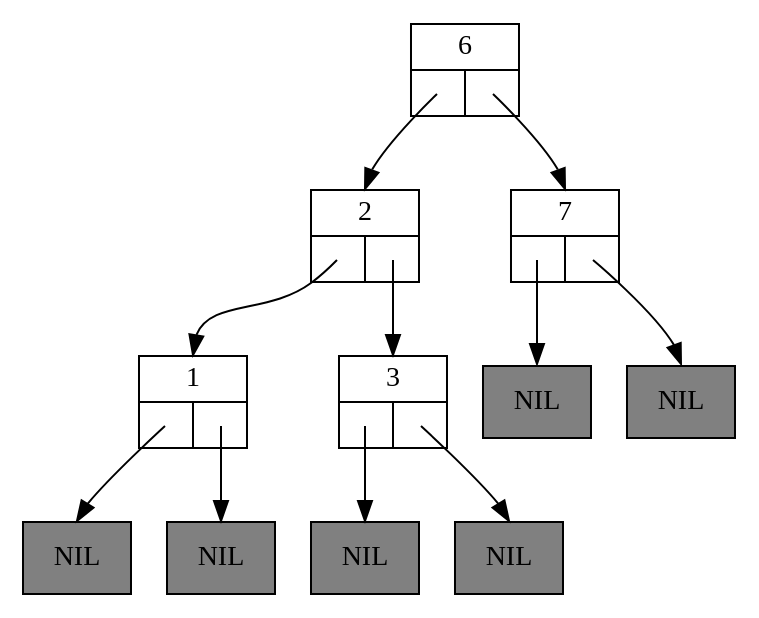
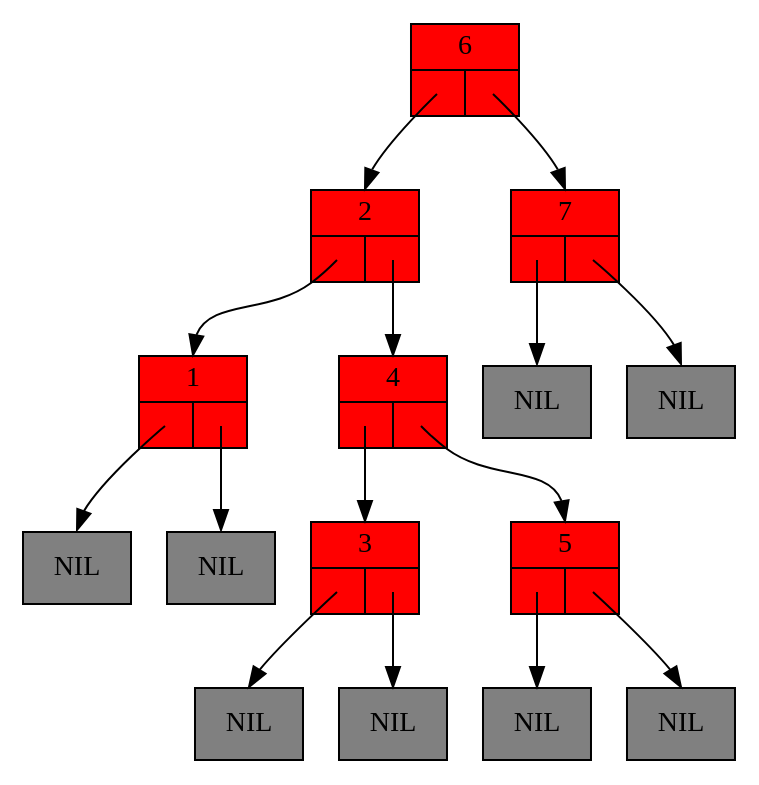
One commit to chaucorn/base_code_lab6 changed the diagram in base_code_lab6/Code/redblacktree_0_rightrotateleftrotatedroot.dot. Above: the diagram before and after it, drawn with Graphviz. The commit also changed 7 other files, not shown here.

```diff
--- a/base_code_lab6/Code/redblacktree_0_rightrotateleftrotatedroot.dot
+++ b/base_code_lab6/Code/redblacktree_0_rightrotateleftrotatedroot.dot
@@ -1,27 +1,35 @@
 digraph RedBlackTree {
 	graph [ranksep=0.5];
 	node [shape = record];
 
-	n1 [label="{1|{<left>|<right>}}", fillcolor=red];
+	n1 [style=filled, fillcolor=red, label="{1|{<left>|<right>}}"];
 	lnil1 [style=filled, fillcolor=grey, label="NIL"];
 	n1:left:c -> lnil1:n [headclip=false, tailclip=false]
 	rnil1 [style=filled, fillcolor=grey, label="NIL"];
 	n1:right:c -> rnil1:n [headclip=false, tailclip=false]
-	n2 [label="{2|{<left>|<right>}}", fillcolor=red];
+	n2 [style=filled, fillcolor=red, label="{2|{<left>|<right>}}"];
 	n2:left:c -> n1:n [headclip=false, tailclip=false]
-	n2:right:c -> n3:n [headclip=false, tailclip=false]
-	n3 [label="{3|{<left>|<right>}}", fillcolor=red];
+	n2:right:c -> n4:n [headclip=false, tailclip=false]
+	n3 [style=filled, fillcolor=red, label="{3|{<left>|<right>}}"];
 	lnil3 [style=filled, fillcolor=grey, label="NIL"];
 	n3:left:c -> lnil3:n [headclip=false, tailclip=false]
 	rnil3 [style=filled, fillcolor=grey, label="NIL"];
 	n3:right:c -> rnil3:n [headclip=false, tailclip=false]
-	n6 [label="{6|{<left>|<right>}}", fillcolor=red];
+	n4 [style=filled, fillcolor=red, label="{4|{<left>|<right>}}"];
+	n4:left:c -> n3:n [headclip=false, tailclip=false]
+	n4:right:c -> n5:n [headclip=false, tailclip=false]
+	n5 [style=filled, fillcolor=red, label="{5|{<left>|<right>}}"];
+	lnil5 [style=filled, fillcolor=grey, label="NIL"];
+	n5:left:c -> lnil5:n [headclip=false, tailclip=false]
+	rnil5 [style=filled, fillcolor=grey, label="NIL"];
+	n5:right:c -> rnil5:n [headclip=false, tailclip=false]
+	n6 [style=filled, fillcolor=red, label="{6|{<left>|<right>}}"];
 	n6:left:c -> n2:n [headclip=false, tailclip=false]
 	n6:right:c -> n7:n [headclip=false, tailclip=false]
-	n7 [label="{7|{<left>|<right>}}", fillcolor=red];
+	n7 [style=filled, fillcolor=red, label="{7|{<left>|<right>}}"];
 	lnil7 [style=filled, fillcolor=grey, label="NIL"];
 	n7:left:c -> lnil7:n [headclip=false, tailclip=false]
 	rnil7 [style=filled, fillcolor=grey, label="NIL"];
 	n7:right:c -> rnil7:n [headclip=false, tailclip=false]
 
 }
```
